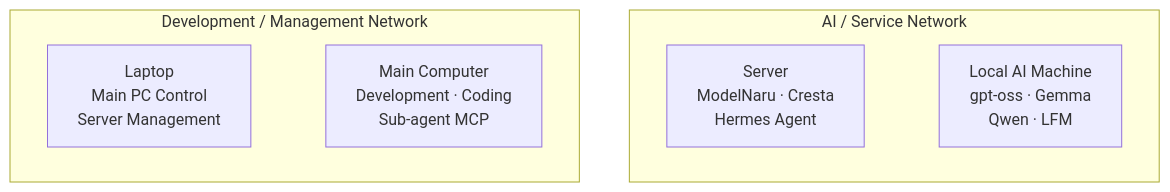
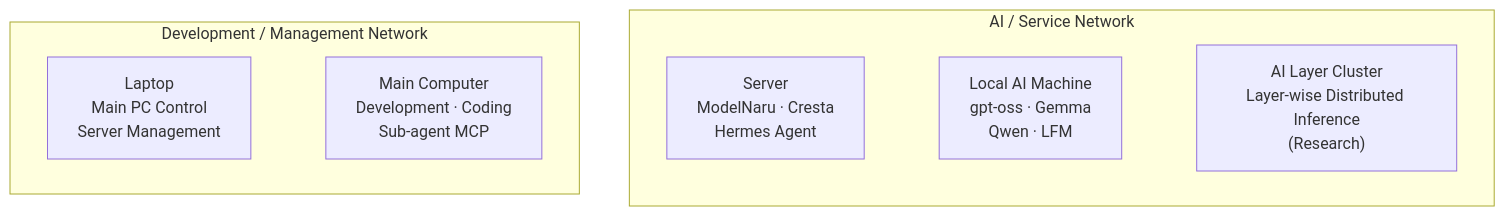
The diagram in README.md (totjae/portfolio), drawn with Mermaid before and after one commit. The commit also changed other lines of this file, not shown here.

Commit message:
docs: add AI layer cluster research to infrastructure

````diff
--- a/README.md
+++ b/README.md
@@ -36,18 +36,20 @@
 ```mermaid
 flowchart LR
     subgraph NET_DEV["Development / Management Network"]
         direction LR
         LAPTOP["Laptop<br/>Main PC Control<br/>Server Management"]
         MAIN_PC["Main Computer<br/>Development · Coding<br/>Sub-agent MCP"]
         LAPTOP ~~~ MAIN_PC
     end
 
     subgraph NET_AI["AI / Service Network"]
         direction LR
         SERVER["Server<br/>ModelNaru · Cresta<br/>Hermes Agent"]
         LOCAL_AI["Local AI Machine<br/>gpt-oss · Gemma<br/>Qwen · LFM"]
+        AI_CLUSTER["AI Layer Cluster<br/>Layer-wise Distributed Inference<br/>(Research)"]
         SERVER ~~~ LOCAL_AI
+        LOCAL_AI ~~~ AI_CLUSTER
     end
 
     NET_DEV ~~~ NET_AI
 ```
````
